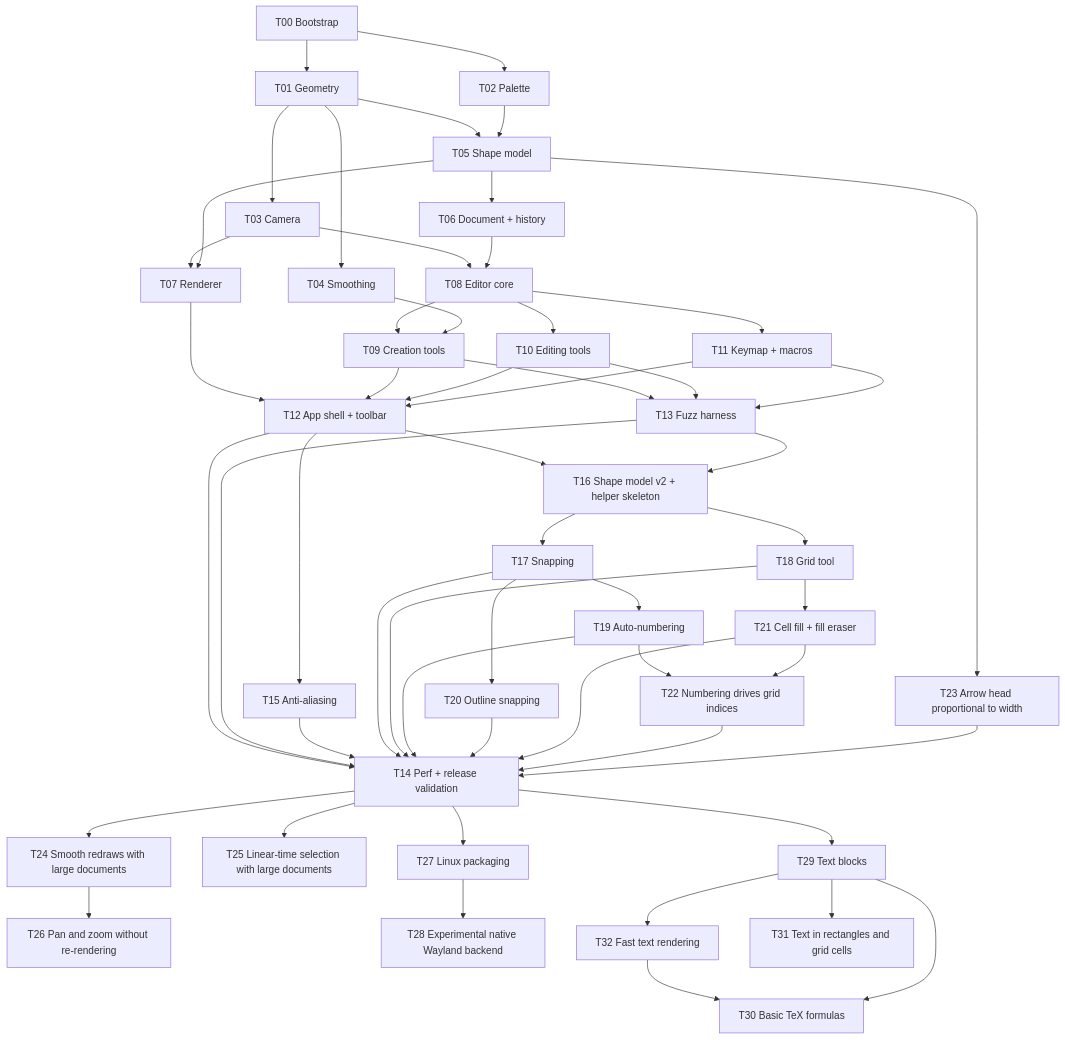
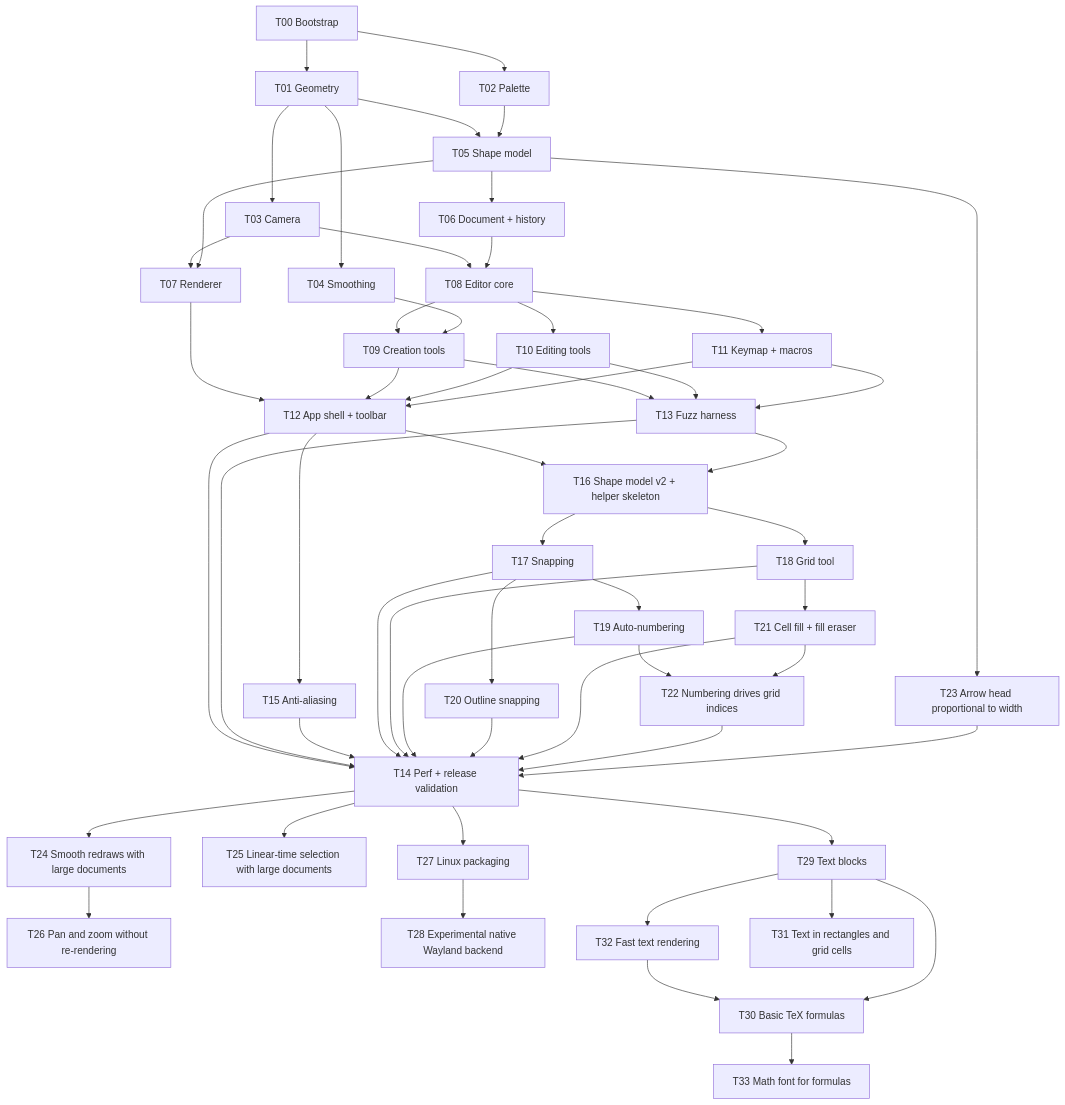
One commit to UmBender/draw changed the diagram in docs/tasks/Task Board.md. Above: the diagram before and after it, drawn with Mermaid. The commit also changed other lines of this file and 4 other files, not shown here.

First line of the commit message:
docs: add T33 task note for the formula math font

````diff
--- a/docs/tasks/Task Board.md
+++ b/docs/tasks/Task Board.md
@@ -12,56 +12,57 @@
 ```mermaid
 flowchart TD
   T00[T00 Bootstrap] --> T01[T01 Geometry]
   T00 --> T02[T02 Palette]
   T01 --> T03[T03 Camera]
   T01 --> T04[T04 Smoothing]
   T01 --> T05[T05 Shape model]
   T02 --> T05
   T05 --> T06[T06 Document + history]
   T03 --> T07[T07 Renderer]
   T05 --> T07
   T03 --> T08[T08 Editor core]
   T06 --> T08
   T08 --> T09[T09 Creation tools]
   T04 --> T09
   T08 --> T10[T10 Editing tools]
   T08 --> T11[T11 Keymap + macros]
   T07 --> T12[T12 App shell + toolbar]
   T09 --> T12
   T10 --> T12
   T11 --> T12
   T09 --> T13[T13 Fuzz harness]
   T10 --> T13
   T11 --> T13
   T12 --> T14[T14 Perf + release validation]
   T13 --> T14
   T12 --> T15[T15 Anti-aliasing]
   T12 --> T16[T16 Shape model v2 + helper skeleton]
   T13 --> T16
   T16 --> T17[T17 Snapping]
   T16 --> T18[T18 Grid tool]
   T17 --> T19[T19 Auto-numbering]
   T17 --> T20[T20 Outline snapping]
   T15 --> T14
   T17 --> T14
   T18 --> T14
   T19 --> T14
   T20 --> T14
   T18 --> T21[T21 Cell fill + fill eraser]
   T21 --> T14
   T19 --> T22[T22 Numbering drives grid indices]
   T21 --> T22
   T22 --> T14
   T05 --> T23[T23 Arrow head proportional to width]
   T23 --> T14
   T14 --> T24[T24 Smooth redraws with large documents]
   T14 --> T25[T25 Linear-time selection with large documents]
   T24 --> T26[T26 Pan and zoom without re-rendering]
   T14 --> T27[T27 Linux packaging]
   T27 --> T28[T28 Experimental native Wayland backend]
   T14 --> T29[T29 Text blocks]
   T29 --> T32[T32 Fast text rendering]
   T32 --> T30[T30 Basic TeX formulas]
   T29 --> T30
   T29 --> T31[T31 Text in rectangles and grid cells]
+  T30 --> T33[T33 Math font for formulas]
 ```
````
